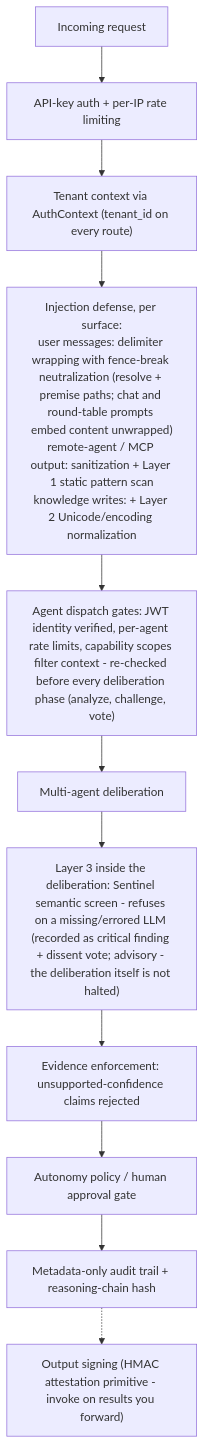
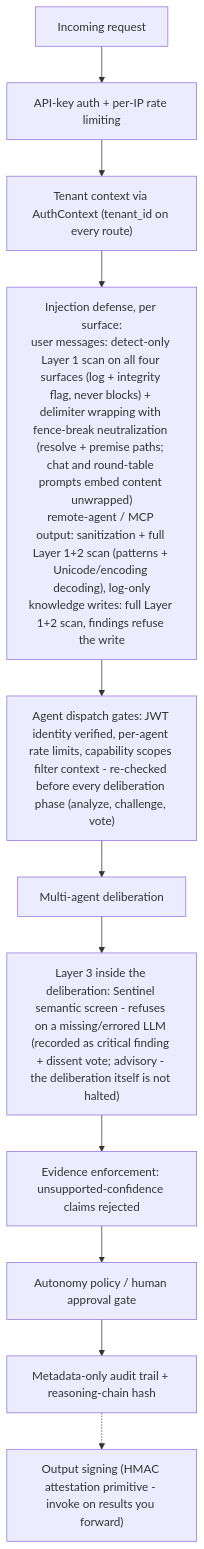
One commit to KangaKode/aiscaffold changed the first of 3 diagrams in docs/SECURITY_MODEL.md. Above: the diagram before and after it, drawn with Mermaid. The commit also changed other lines of this file and 18 other files, not shown here.

````diff
--- a/docs/SECURITY_MODEL.md
+++ b/docs/SECURITY_MODEL.md
@@ -13,13 +13,13 @@
 ```mermaid
 flowchart TD
     Req[Incoming request] --> Auth["API-key auth + per-IP rate limiting"]
     Auth --> Tenant["Tenant context via AuthContext (tenant_id on every route)"]
-    Tenant --> Inj["Injection defense, per surface:<br/>user messages: delimiter wrapping with fence-break neutralization (resolve + premise paths; chat and round-table prompts embed content unwrapped)<br/>remote-agent / MCP output: sanitization + Layer 1 static pattern scan<br/>knowledge writes: + Layer 2 Unicode/encoding normalization"]
+    Tenant --> Inj["Injection defense, per surface:<br/>user messages: detect-only Layer 1 scan on all four surfaces (log + integrity flag, never blocks) + delimiter wrapping with fence-break neutralization (resolve + premise paths; chat and round-table prompts embed content unwrapped)<br/>remote-agent / MCP output: sanitization + full Layer 1+2 scan (patterns + Unicode/encoding decoding), log-only<br/>knowledge writes: full Layer 1+2 scan, findings refuse the write"]
     Inj --> Dispatch["Agent dispatch gates: JWT identity verified, per-agent rate limits, capability scopes filter context - re-checked before every deliberation phase (analyze, challenge, vote)"]
     Dispatch --> Delib["Multi-agent deliberation"]
     Delib --> L3["Layer 3 inside the deliberation: Sentinel semantic screen - refuses on a missing/errored LLM (recorded as critical finding + dissent vote; advisory - the deliberation itself is not halted)"]
     L3 --> Enforce["Evidence enforcement: unsupported-confidence claims rejected"]
     Enforce --> Gate["Autonomy policy / human approval gate"]
     Gate --> Audit["Metadata-only audit trail + reasoning-chain hash"]
     Audit -.-> Sign["Output signing (HMAC attestation primitive - invoke on results you forward)"]
 ```
````
